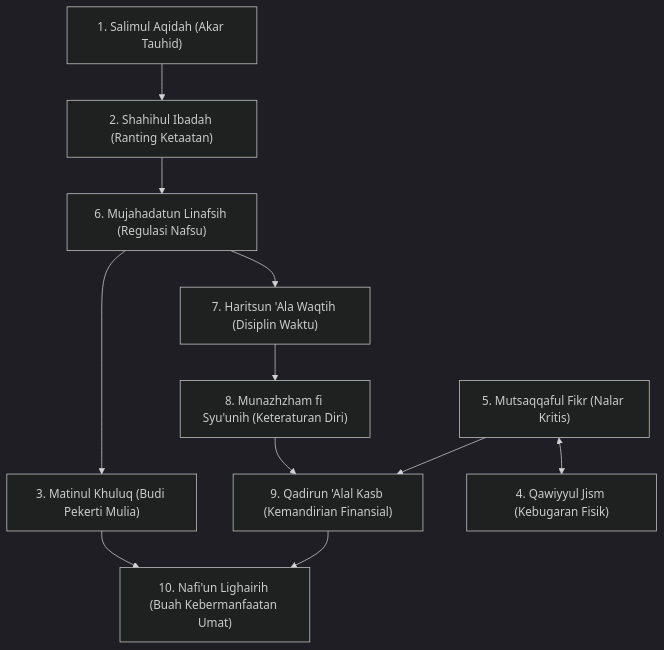
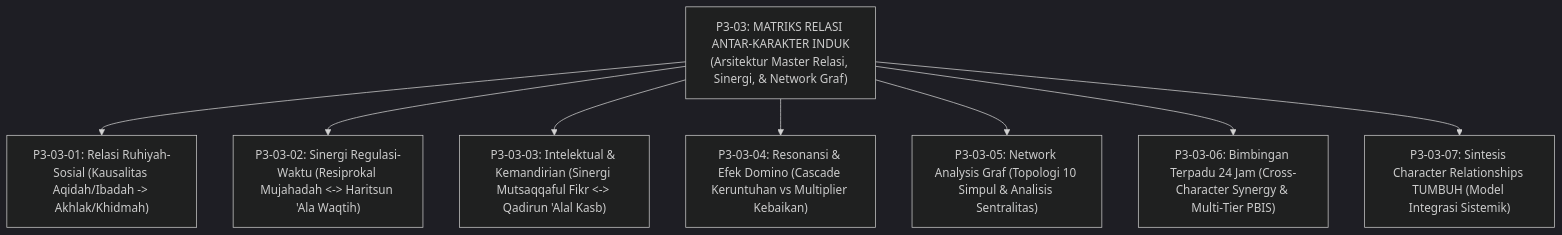
The second of 3 diagrams in 03 Capacity Framework/03 Character Relationships/P3-03-Matriks-Relasi-Antar-Karakter-TUMBUH.md (wandiapriliyandi/tumbuh), drawn with Mermaid (dark theme) before and after one commit. The commit also changed other lines of this file and 25 other files, not shown here.

````diff
--- a/03 Capacity Framework/03 Character Relationships/P3-03-Matriks-Relasi-Antar-Karakter-TUMBUH.md
+++ b/03 Capacity Framework/03 Character Relationships/P3-03-Matriks-Relasi-Antar-Karakter-TUMBUH.md
@@ -10,17 +64,12 @@
 ```mermaid
 graph TD
-    Aqidah["1. Salimul Aqidah (Akar Tauhid)"] --> Ibadah["2. Shahihul Ibadah (Ranting Ketaatan)"]
-    Ibadah --> Mujahadah["6. Mujahadatun Linafsih (Regulasi Nafsu)"]
+    Master["P3-03: MATRIKS RELASI ANTAR-KARAKTER INDUK<br/>(Arsitektur Master Relasi, Sinergi, & Network Graf)"]
     
-    Mujahadah --> Akhlak["3. Matinul Khuluq (Budi Pekerti Mulia)"]
-    Mujahadah --> Waktu["7. Haritsun 'Ala Waqtih (Disiplin Waktu)"]
-    
-    Waktu --> Tertib["8. Munazhzham fi Syu'unih (Keteraturan Diri)"]
-    Tertib --> Mandiri["9. Qadirun 'Alal Kasb (Kemandirian Finansial)"]
-    
-    Fikr["5. Mutsaqqaful Fikr (Nalar Kritis)"] <--> Jism["4. Qawiyyul Jism (Kebugaran Fisik)"]
-    Fikr --> Mandiri
-    
-    Akhlak --> Khidmah["10. Nafi'un Lighairih (Buah Kebermanfaatan Umat)"]
-    Mandiri --> Khidmah
+    Master --> M1["P3-03-01: Relasi Ruhiyah-Sosial (Kausalitas Aqidah/Ibadah -> Akhlak/Khidmah)"]
+    Master --> M2["P3-03-02: Sinergi Regulasi-Waktu (Resiprokal Mujahadah <-> Haritsun 'Ala Waqtih)"]
+    Master --> M3["P3-03-03: Intelektual & Kemandirian (Sinergi Mutsaqqaful Fikr <-> Qadirun 'Alal Kasb)"]
+    Master --> M4["P3-03-04: Resonansi & Efek Domino (Cascade Keruntuhan vs Multiplier Kebaikan)"]
+    Master --> M5["P3-03-05: Network Analysis Graf (Topologi 10 Simpul & Analisis Sentralitas)"]
+    Master --> M6["P3-03-06: Bimbingan Terpadu 24 Jam (Cross-Character Synergy & Multi-Tier PBIS)"]
+    Master --> M7["P3-03-07: Sintesis Character Relationships TUMBUH (Model Integrasi Sistemik)"]
 ```
````
